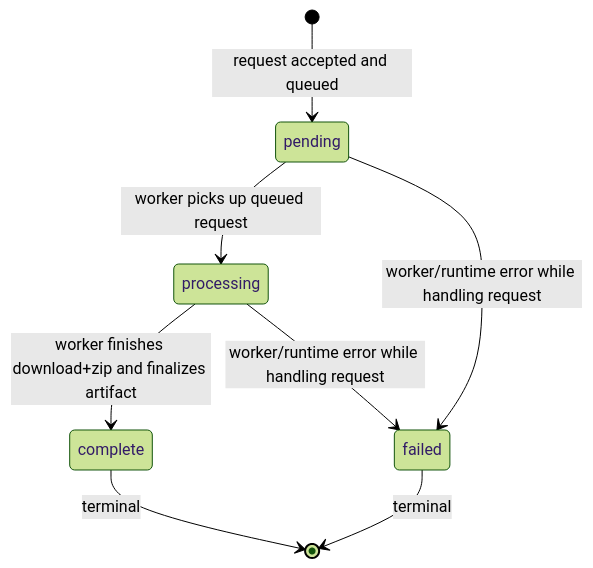
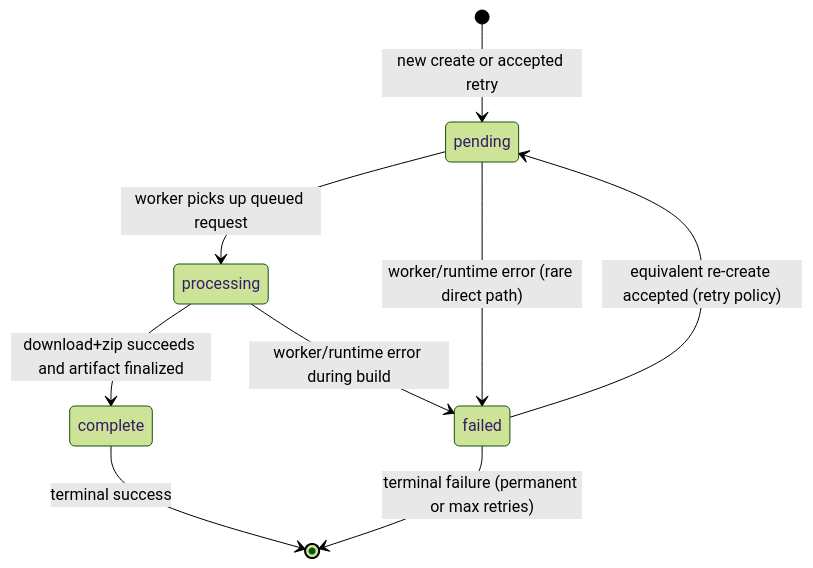
Before and after one commit to pmahon3/Data-Portal: the diagram in bundler/docs/state-machine.md, drawn with Mermaid (forest theme). The commit also changed other lines of this file and 7 other files, not shown here.

````diff
--- a/bundler/docs/state-machine.md
+++ b/bundler/docs/state-machine.md
@@ -7,10 +11,11 @@
 ```mermaid
 stateDiagram-v2
-    [*] --> pending: request accepted and queued
+    [*] --> pending: new create or accepted retry
     pending --> processing: worker picks up queued request
-    processing --> complete: worker finishes download+zip and finalizes artifact
-    pending --> failed: worker/runtime error while handling request
-    processing --> failed: worker/runtime error while handling request
-    complete --> [*]: terminal
-    failed --> [*]: terminal
+    processing --> complete: download+zip succeeds and artifact finalized
+    processing --> failed: worker/runtime error during build
+    pending --> failed: worker/runtime error (rare direct path)
+    failed --> pending: equivalent re-create accepted (retry policy)
+    complete --> [*]: terminal success
+    failed --> [*]: terminal failure (permanent or max retries)
 ```
````
